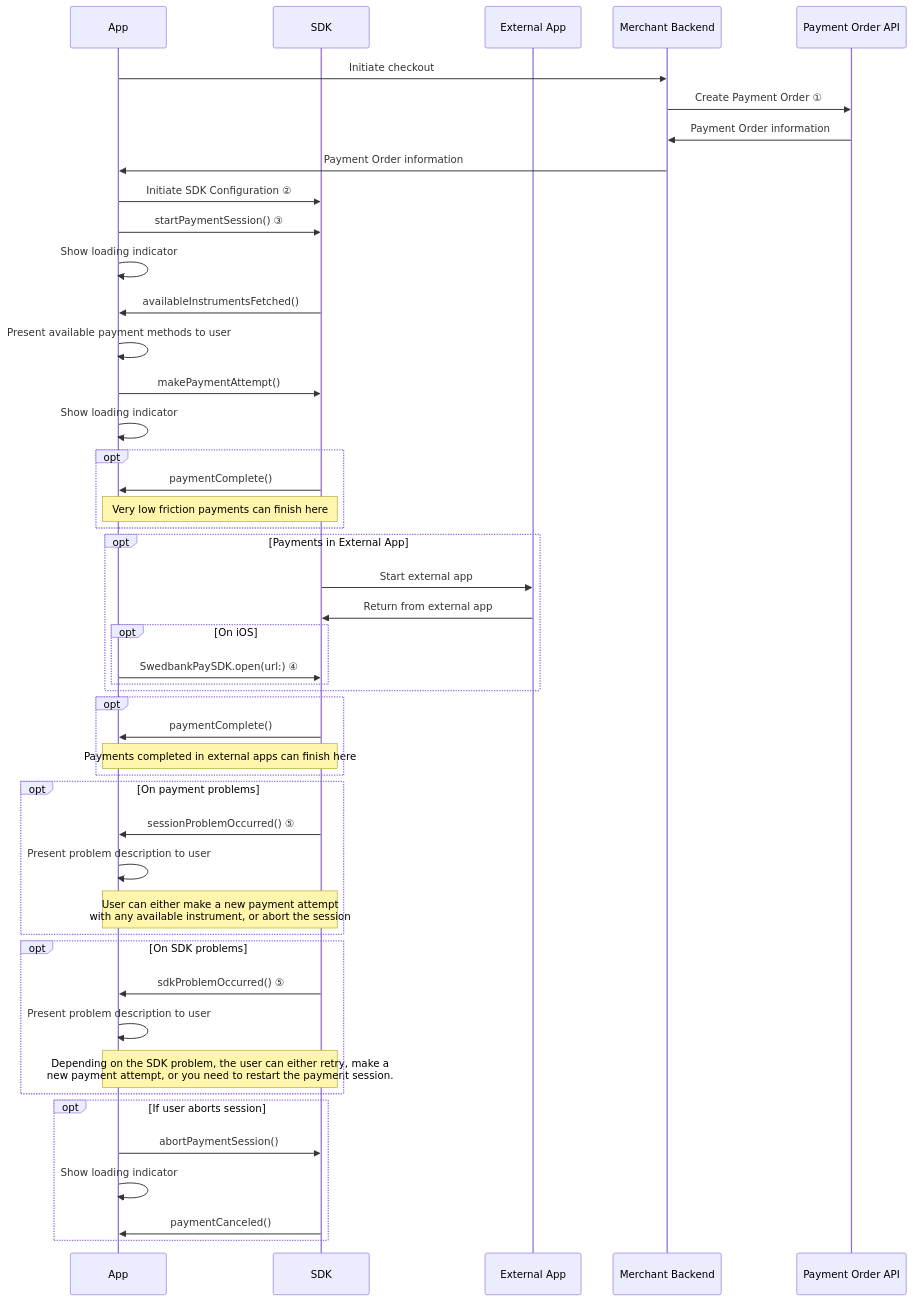
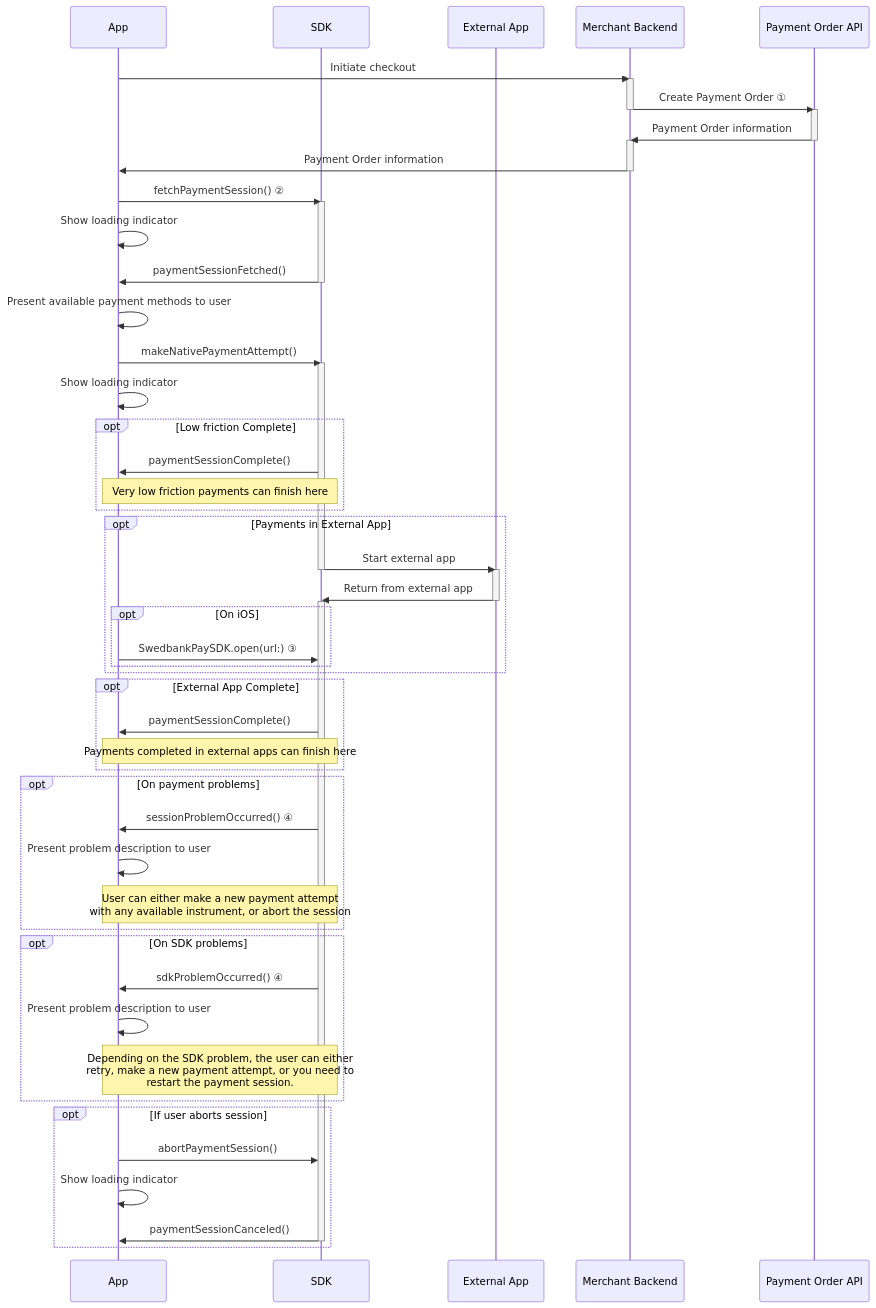
The second of 4 diagrams in checkout-v3/modules-sdks/mobile-sdk/native-payments.md (SwedbankPay/developer.swedbankpay.com), drawn with Mermaid before and after one commit. The commit also changed other lines of this file and 3 other files, not shown here.

Commit message:
Update to native payment instructions as well as automatic configuration for bare minimum implementation

````diff
--- a/checkout-v3/modules-sdks/mobile-sdk/native-payments.md
+++ b/checkout-v3/modules-sdks/mobile-sdk/native-payments.md
@@ -372,52 +444,63 @@
 ```mermaid
 sequenceDiagram
-    %% box Merchant Native App
-        participant App
-        participant SDK
-    %% end
+    participant App
+    participant SDK
     participant Ext as External App
     participant Backend as Merchant Backend
     participant SWP as Payment Order API
 
     App ->> Backend: Initiate checkout
+    activate Backend
     Backend ->> SWP: Create Payment Order ①
+    deactivate Backend
+    activate SWP
     SWP ->> Backend: Payment Order information
+    deactivate SWP
+    activate Backend
     Backend ->> App: Payment Order information
-    App ->> SDK: Initiate SDK Configuration ②
-    App ->> SDK: startPaymentSession() ③
+    deactivate Backend
+    App ->> SDK: fetchPaymentSession() ②
+    activate SDK
     App ->> App: Show loading indicator
-    SDK ->> App: availableInstrumentsFetched()
+    SDK ->> App: paymentSessionFetched()
+    deactivate SDK
     App ->> App: Present available payment methods to user
-    App ->> SDK: makePaymentAttempt()
+    App ->> SDK: makeNativePaymentAttempt()
+    activate SDK
     App ->> App: Show loading indicator
-    opt
-        SDK ->> App: paymentComplete()
+    opt Low friction Complete
+        SDK ->> App: paymentSessionComplete()
         note over SDK, App: Very low friction payments can finish here
     end
     opt Payments in External App
         SDK ->> Ext: Start external app
+        deactivate SDK
+        activate Ext
         Ext ->> SDK: Return from external app
+        deactivate Ext
+        activate SDK
         opt On iOS
-            App ->> SDK: SwedbankPaySDK.open(url:) ④
+            App ->> SDK: SwedbankPaySDK.open(url:) ③
         end
     end
-    opt
-        SDK ->> App: paymentComplete()
+    opt External App Complete
+        SDK ->> App: paymentSessionComplete()
         note over SDK, App: Payments completed in external apps can finish here
     end
     opt On payment problems
-        SDK ->> App: sessionProblemOccurred() ⑤
+        SDK ->> App: sessionProblemOccurred() ④
         App ->> App: Present problem description to user
         note over SDK, App: User can either make a new payment attempt<br/>with any available instrument, or abort the session
     end
     opt On SDK problems
-        SDK ->> App: sdkProblemOccurred() ⑤
+        SDK ->> App: sdkProblemOccurred() ④
         App ->> App: Present problem description to user
-        note over SDK, App: Depending on the SDK problem, the user can either retry, make a<br/>new payment attempt, or you need to restart the payment session.
+        note over SDK, App: Depending on the SDK problem, the user can either<br/>retry, make a new payment attempt, or you need to<br/>restart the payment session.
     end
     opt If user aborts session
         App ->> SDK: abortPaymentSession()
         App ->> App: Show loading indicator
-        SDK ->> App: paymentCanceled()
+        SDK ->> App: paymentSessionCanceled()
+        deactivate SDK
     end
 ```
````
